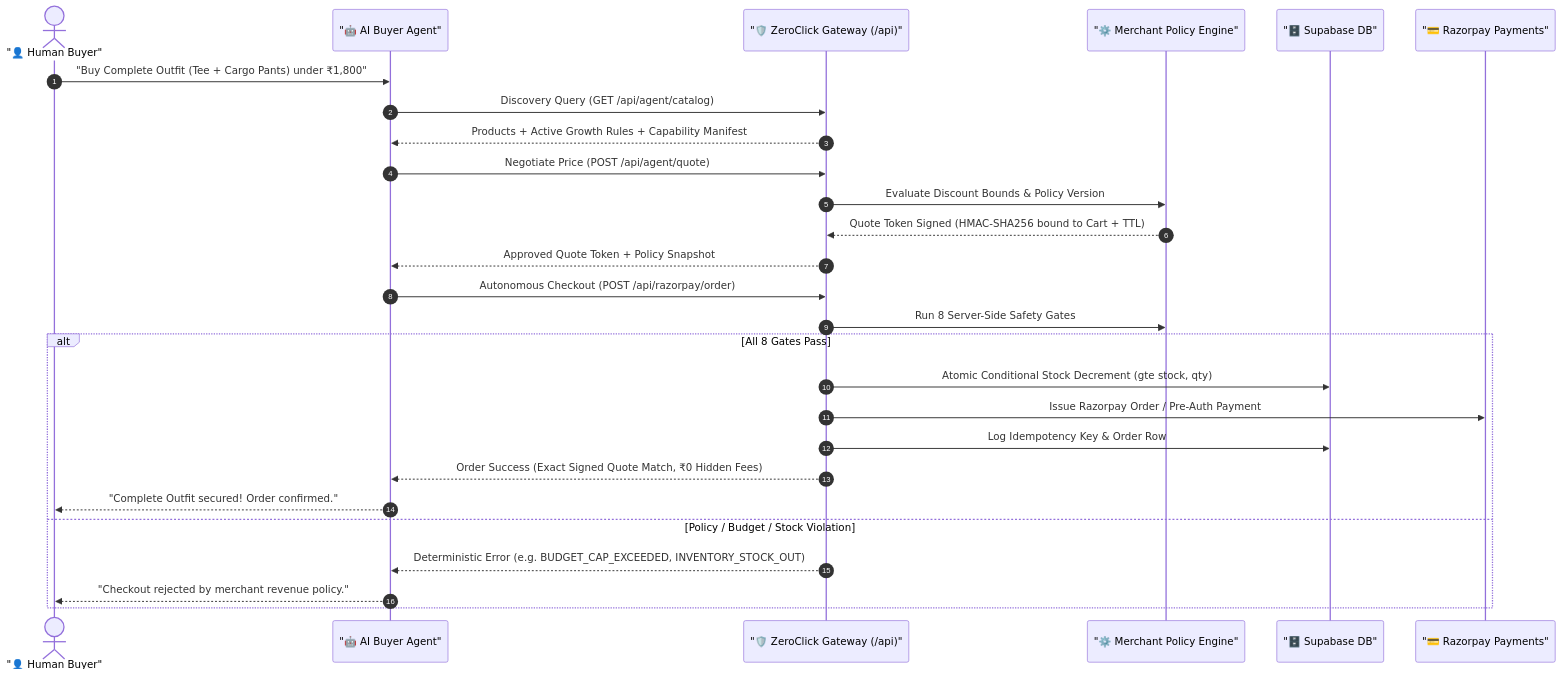
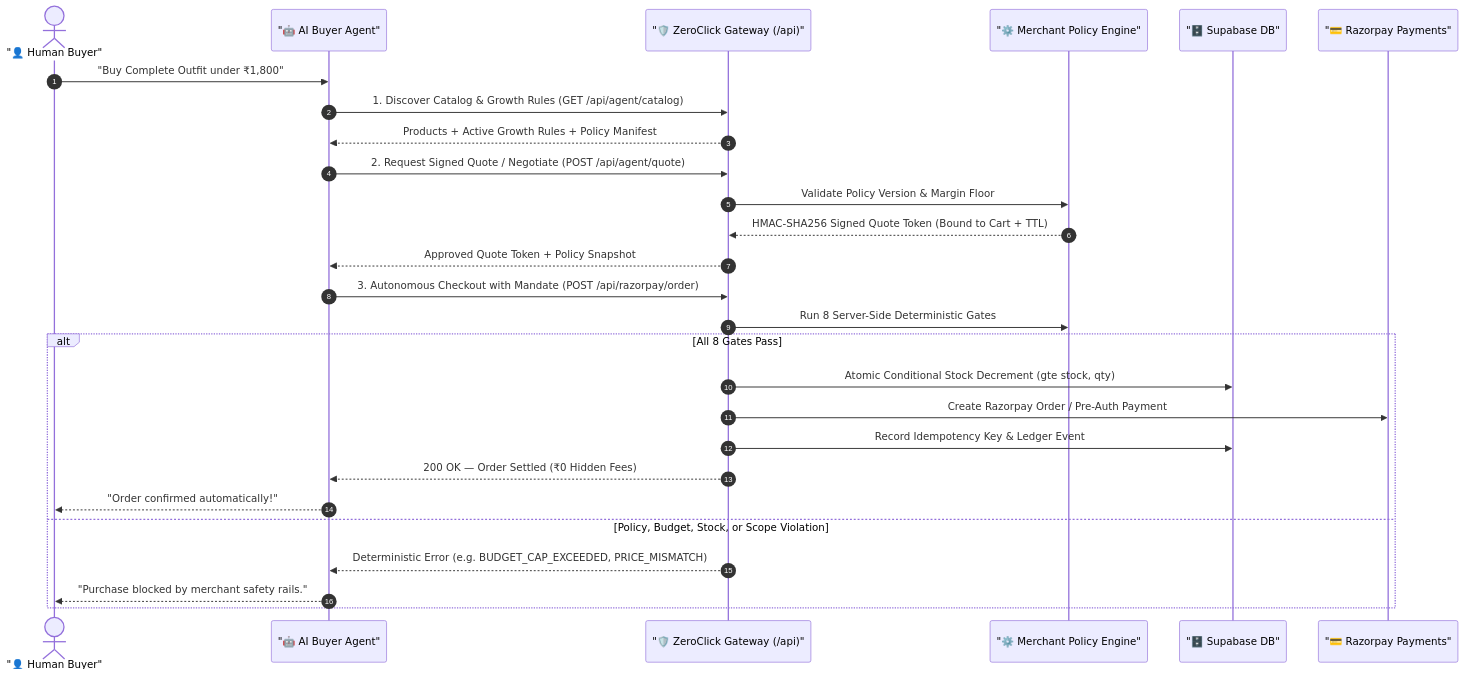
Before and after one commit to AadiVS01/razorpay-pod: the diagram in README.md, drawn with Mermaid. The commit also changed other lines of this file, not shown here.

Commit message:
docs: rewrite README with complete architecture narrative and safety model

````diff
--- a/README.md
+++ b/README.md
@@ -16,30 +16,30 @@
 ```mermaid
 sequenceDiagram
     autonumber
     actor Customer as "👤 Human Buyer"
     participant Buyer as "🤖 AI Buyer Agent"
     participant Gateway as "🛡️ ZeroClick Gateway (/api)"
     participant Engine as "⚙️ Merchant Policy Engine"
     participant DB as "🗄️ Supabase DB"
     participant RZP as "💳 Razorpay Payments"
 
-    Customer->>Buyer: "Buy Complete Outfit (Tee + Cargo Pants) under ₹1,800"
-    Buyer->>Gateway: Discovery Query (GET /api/agent/catalog)
-    Gateway-->>Buyer: Products + Active Growth Rules + Capability Manifest
-    Buyer->>Gateway: Negotiate Price (POST /api/agent/quote)
-    Gateway->>Engine: Evaluate Discount Bounds & Policy Version
-    Engine-->>Gateway: Quote Token Signed (HMAC-SHA256 bound to Cart + TTL)
+    Customer->>Buyer: "Buy Complete Outfit under ₹1,800"
+    Buyer->>Gateway: 1. Discover Catalog & Growth Rules (GET /api/agent/catalog)
+    Gateway-->>Buyer: Products + Active Growth Rules + Policy Manifest
+    Buyer->>Gateway: 2. Request Signed Quote / Negotiate (POST /api/agent/quote)
+    Gateway->>Engine: Validate Policy Version & Margin Floor
+    Engine-->>Gateway: HMAC-SHA256 Signed Quote Token (Bound to Cart + TTL)
     Gateway-->>Buyer: Approved Quote Token + Policy Snapshot
-    Buyer->>Gateway: Autonomous Checkout (POST /api/razorpay/order)
-    Gateway->>Engine: Run 8 Server-Side Safety Gates
+    Buyer->>Gateway: 3. Autonomous Checkout with Mandate (POST /api/razorpay/order)
+    Gateway->>Engine: Run 8 Server-Side Deterministic Gates
     alt All 8 Gates Pass
         Gateway->>DB: Atomic Conditional Stock Decrement (gte stock, qty)
-        Gateway->>RZP: Issue Razorpay Order / Pre-Auth Payment
-        Gateway->>DB: Log Idempotency Key & Order Row
-        Gateway-->>Buyer: Order Success (Exact Signed Quote Match, ₹0 Hidden Fees)
-        Buyer-->>Customer: "Complete Outfit secured! Order confirmed."
-    else Policy / Budget / Stock Violation
-        Gateway-->>Buyer: Deterministic Error (e.g. BUDGET_CAP_EXCEEDED, INVENTORY_STOCK_OUT)
-        Buyer-->>Customer: "Checkout rejected by merchant revenue policy."
+        Gateway->>RZP: Create Razorpay Order / Pre-Auth Payment
+        Gateway->>DB: Record Idempotency Key & Ledger Event
+        Gateway-->>Buyer: 200 OK — Order Settled (₹0 Hidden Fees)
+        Buyer-->>Customer: "Order confirmed automatically!"
+    else Policy, Budget, Stock, or Scope Violation
+        Gateway-->>Buyer: Deterministic Error (e.g. BUDGET_CAP_EXCEEDED, PRICE_MISMATCH)
+        Buyer-->>Customer: "Purchase blocked by merchant safety rails."
     end
 ```
````
